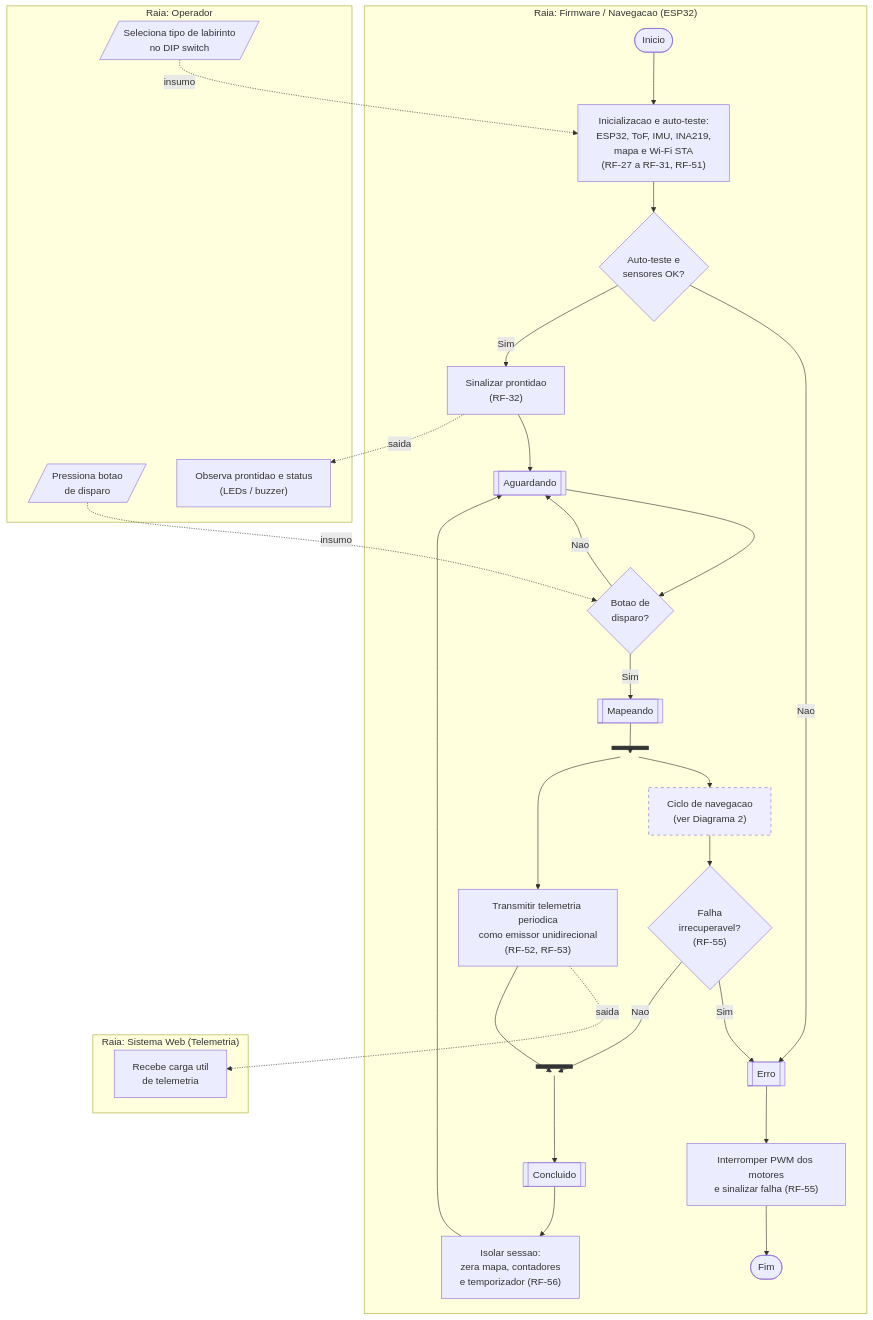
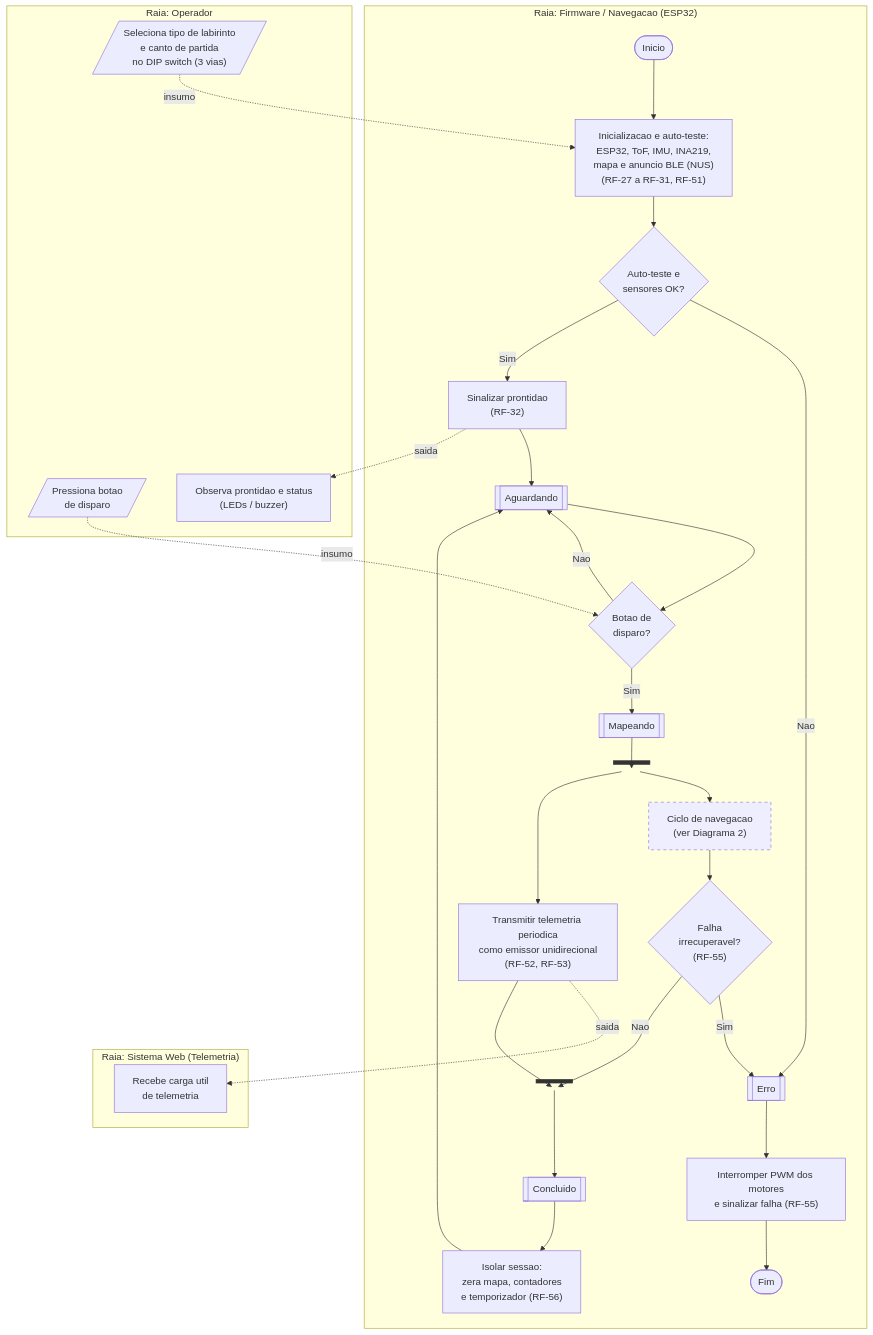
One commit to fcte-pi1/2026.2_PI1_Grupo1_Diogo changed the first of 3 diagrams in docs/projeto-conceitual-software/firmware/raia.md. Above: the diagram before and after it, drawn with Mermaid. The commit also changed other lines of this file and 31 other files, not shown here.

````diff
--- a/docs/projeto-conceitual-software/firmware/raia.md
+++ b/docs/projeto-conceitual-software/firmware/raia.md
@@ -37,53 +37,53 @@
 ```mermaid
 flowchart TB
   subgraph OP["Raia: Operador"]
-    op1[/"Seleciona tipo de labirinto<br/>no DIP switch"/]
+    op1[/"Seleciona tipo de labirinto<br/>e canto de partida<br/>no DIP switch (3 vias)"/]
     op2[/"Pressiona botao<br/>de disparo"/]
     op3["Observa prontidao e status<br/>(LEDs / buzzer)"]
   end
 
   subgraph FW["Raia: Firmware / Navegacao (ESP32)"]
     ini([Inicio])
-    a1["Inicializacao e auto-teste:<br/>ESP32, ToF, IMU, INA219,<br/>mapa e Wi-Fi STA<br/>(RF-27 a RF-31, RF-51)"]
+    a1["Inicializacao e auto-teste:<br/>ESP32, ToF, IMU, INA219,<br/>mapa e anuncio BLE (NUS)<br/>(RF-27 a RF-31, RF-51)"]
     d1{Auto-teste e<br/>sensores OK?}
     a2["Sinalizar prontidao<br/>(RF-32)"]
     sAg[["Aguardando"]]
     d2{Botao de<br/>disparo?}
     sMap[["Mapeando"]]
     fk[" "]:::bar
     cic["Ciclo de navegacao<br/>(ver Diagrama 2)"]:::sub
     tel["Transmitir telemetria periodica<br/>como emissor unidirecional<br/>(RF-52, RF-53)"]
     jn[" "]:::bar
     d3{"Falha<br/>irrecuperavel?<br/>(RF-55)"}
     sCon[["Concluido"]]
     a3["Isolar sessao:<br/>zera mapa, contadores<br/>e temporizador (RF-56)"]
     sErr[["Erro"]]
     a4["Interromper PWM dos motores<br/>e sinalizar falha (RF-55)"]
     fim([Fim])
   end
 
   subgraph WEB["Raia: Sistema Web (Telemetria)"]
     w1["Recebe carga util<br/>de telemetria"]
   end
 
   ini --> a1 --> d1
   d1 -- Nao --> sErr
   d1 -- Sim --> a2 --> sAg --> d2
   op1 -. insumo .-> a1
   a2 -. saida .-> op3
   op2 -. insumo .-> d2
   d2 -- Nao --> sAg
   d2 -- Sim --> sMap --> fk
   fk --> cic
   fk --> tel
   tel -. saida .-> w1
   cic --> d3
   tel --> jn
   d3 -- Sim --> sErr
   d3 -- Nao --> jn
   jn --> sCon --> a3 --> sAg
   sErr --> a4 --> fim
 
   classDef bar fill:#333,stroke:#333,color:#fff,height:6px;
   classDef sub stroke-dasharray:5 5,fill:#eef;
 ```
````
